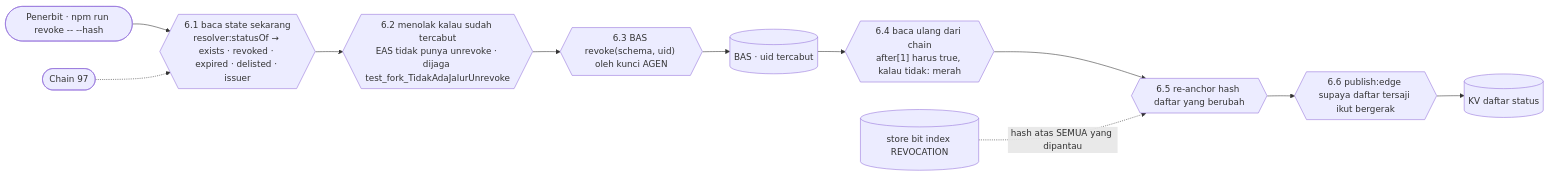
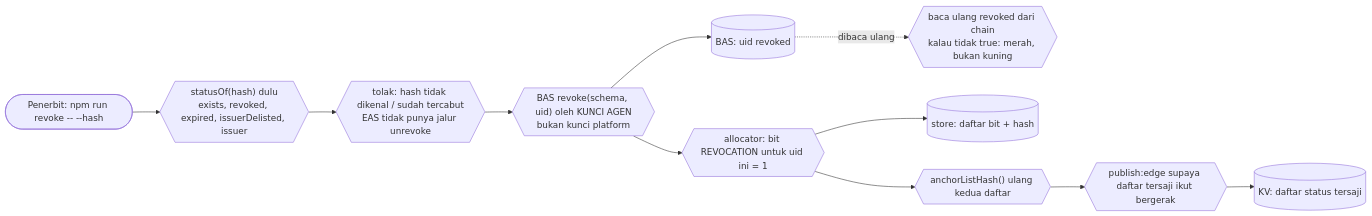
The ninth of 15 diagrams in vault/00-Overview/12 - Business Process.md (Shenhan01-sys/Lencana), drawn with Mermaid before and after one commit. The commit also changed other lines of this file and 14 other files, not shown here.

````diff
--- a/vault/00-Overview/12 - Business Process.md
+++ b/vault/00-Overview/12 - Business Process.md
@@ -381,25 +373,25 @@
 ```mermaid
 flowchart LR
-  PB([Penerbit · npm run revoke -- --hash])
-  RD{{"6.1 baca state sekarang<br/>resolver:statusOf → exists · revoked · expired · delisted · issuer"}}
-  RF{{"6.2 menolak kalau sudah tercabut<br/>EAS tidak punya unrevoke · dijaga test_fork_TidakAdaJalurUnrevoke"}}
-  RV{{"6.3 BAS revoke(schema, uid) oleh kunci AGEN"}}
-  RB{{"6.4 baca ulang dari chain<br/>after[1] harus true, kalau tidak: merah"}}
-  AN{{"6.5 re-anchor hash daftar yang berubah"}}
-  PU{{"6.6 publish:edge supaya daftar tersaji ikut bergerak"}}
-  C1[("BAS · uid tercabut")]
-  C2[("store bit index REVOCATION")]
-  C3[("KV daftar status")]
-  CH([Chain 97])
+  PB([Penerbit: npm run revoke -- --hash])
+  R1{{"statusOf(hash) dulu<br/>exists, revoked, expired, issuerDelisted, issuer"}}
+  R2{{"tolak: hash tidak dikenal / sudah tercabut<br/>EAS tidak punya jalur unrevoke"}}
+  R3{{"BAS revoke(schema, uid) oleh KUNCI AGEN<br/>bukan kunci platform"}}
+  R4{{"allocator: bit REVOCATION untuk uid ini = 1"}}
+  R5{{"anchorListHash() ulang kedua daftar"}}
+  R6{{"publish:edge supaya daftar tersaji ikut bergerak"}}
+  R7{{"baca ulang revoked dari chain<br/>kalau tidak true: merah, bukan kuning"}}
+  X1[("BAS: uid revoked")]
+  X2[("store: daftar bit + hash")]
+  X3[("KV: daftar status tersaji")]
 
-  PB --> RD
-  CH -.-> RD
-  RD --> RF
-  RF --> RV
-  RV --> C1
-  C1 --> RB
-  RB --> AN
-  C2 -.->|hash atas SEMUA yang dipantau| AN
-  AN --> PU
-  PU --> C3
+  PB --> R1
+  R1 --> R2
+  R2 --> R3
+  R3 --> X1
+  R3 --> R4
+  R4 --> X2
+  R4 --> R5
+  R5 --> R6
+  R6 --> X3
+  X1 -.->|dibaca ulang| R7
 ```
````
